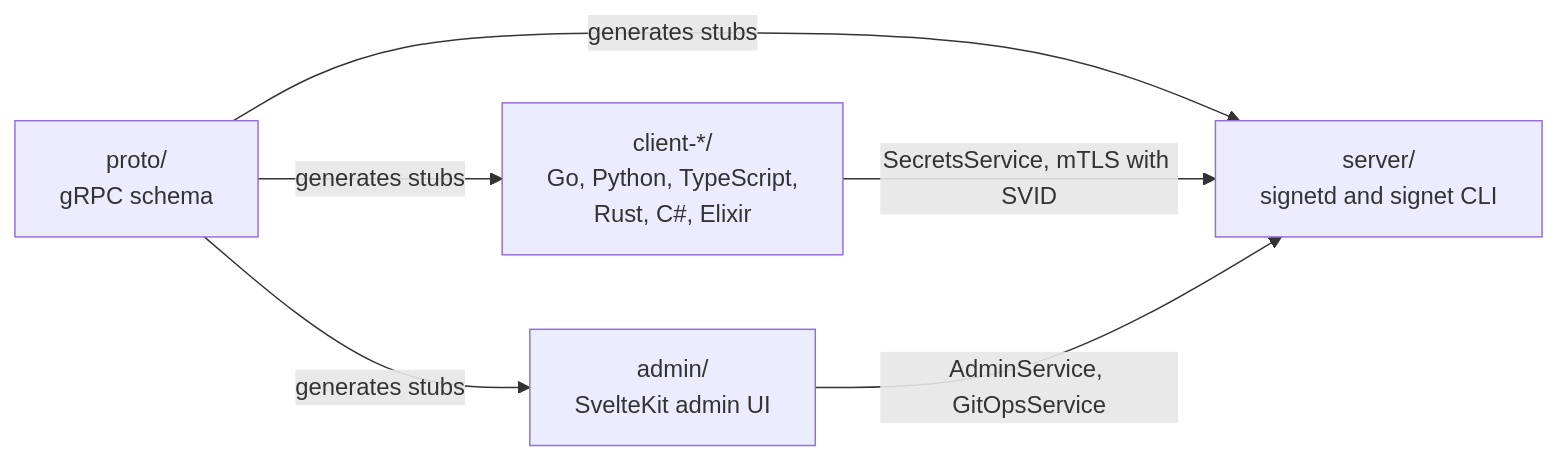
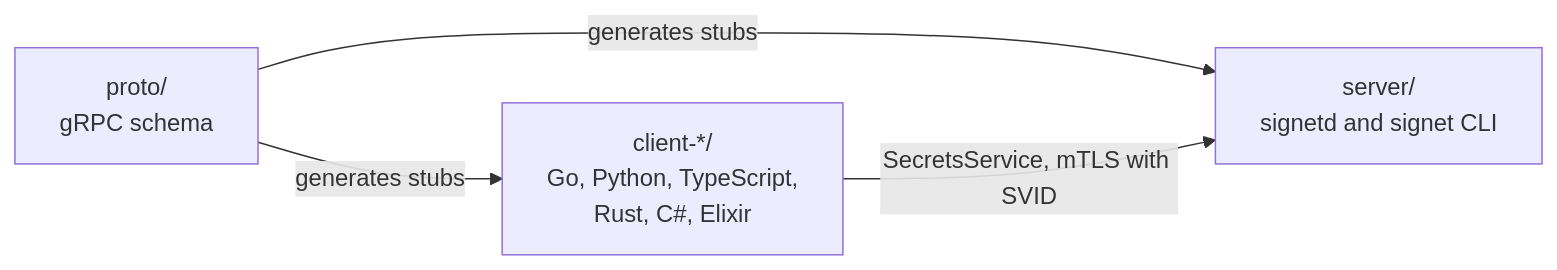
Before and after one commit to bytepunx/signet: the diagram in design/system/overview.md, drawn with Mermaid. The commit also changed other lines of this file and 2 other files, not shown here.

Commit message:
docs: [S-0017] drop admin/ from the overview, guide, and server README after S-0018

````diff
--- a/design/system/overview.md
+++ b/design/system/overview.md
@@ -16,8 +16,6 @@
 ```mermaid
 flowchart LR
     proto["proto/<br>gRPC schema"] -->|generates stubs| server["server/<br>signetd and signet CLI"]
-    proto -->|generates stubs| admin["admin/<br>SvelteKit admin UI"]
     proto -->|generates stubs| clients["client-*/<br>Go, Python, TypeScript,<br>Rust, C#, Elixir"]
     clients -->|SecretsService, mTLS with SVID| server
-    admin -->|AdminService, GitOpsService| server
 ```
````
